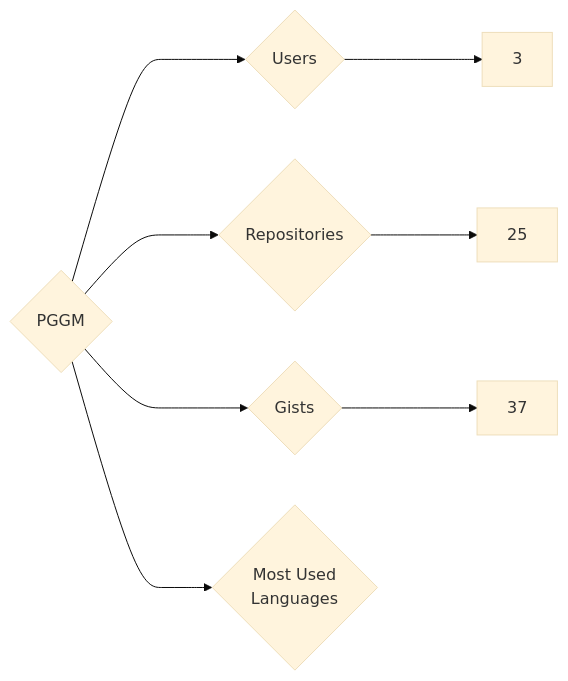
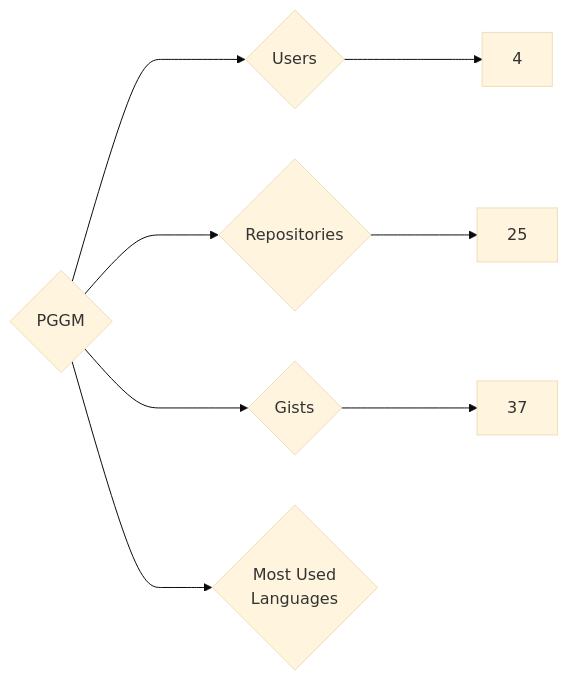
The diagram in targets/PGGM/README.md (nenadzaric/insiders), drawn with Mermaid (base theme) before and after one commit. The commit also changed 1342 other files, not shown here.

````diff
--- a/targets/PGGM/README.md
+++ b/targets/PGGM/README.md
@@ -3,8 +3,8 @@
 ```mermaid
 graph LR
 COMPANY_NAME{PGGM}
-COMPANY_NAME ---> U{Users} ---> UN[3]
+COMPANY_NAME ---> U{Users} ---> UN[4]
 COMPANY_NAME ---> R{Repositories} ---> RN[25]
 COMPANY_NAME ---> G{Gists} ---> GN[37]
 COMPANY_NAME ---> ML{Most Used<br>Languages}
 ```
````
